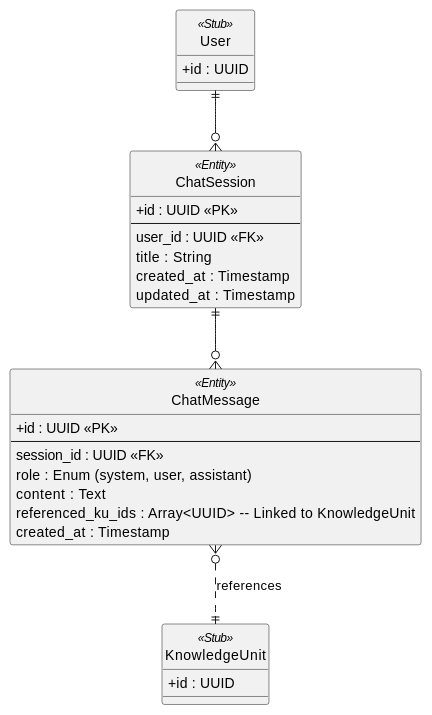
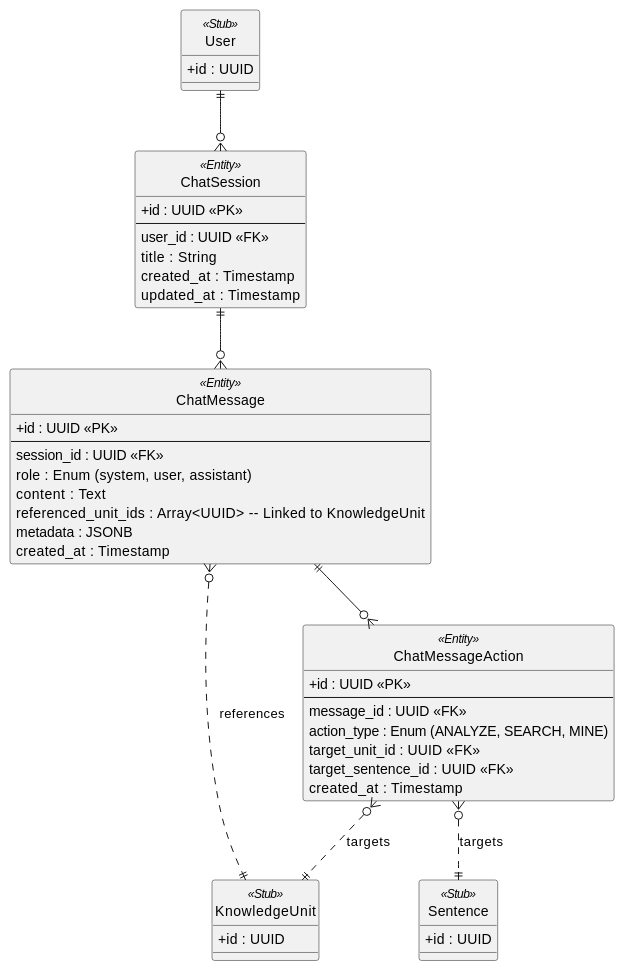
One commit to anhtranguyen-github/Hanachan changed the diagram in docs/er/assistant-er.md. Above: the diagram before and after it, drawn with PlantUML. The commit also changed other lines of this file and 20 other files, not shown here.

First line of the commit message:
docs(arch): update ER and package diagrams for Hanachan v2

````diff
--- a/docs/er/assistant-er.md
+++ b/docs/er/assistant-er.md
@@ -5,47 +5,66 @@
 ```plantuml
 @startuml
 skinparam packageStyle rectangle
 skinparam classAttributeIconSize 0
 hide circle
 
 ' ==========================================
 ' STUBS FROM OTHER DOMAINS
 ' ==========================================
 class User <<Stub>> {
   + id : UUID
 }
 class KnowledgeUnit <<Stub>> {
+  + id : UUID
+}
+class Sentence <<Stub>> {
   + id : UUID
 }
 
 ' ==========================================
 ' CHAT SYSTEM
 ' ==========================================
 class ChatSession <<Entity>> {
   + id : UUID <<PK>>
   --
   user_id : UUID <<FK>>
   title : String
   created_at : Timestamp
   updated_at : Timestamp
 }
 
 class ChatMessage <<Entity>> {
   + id : UUID <<PK>>
   --
   session_id : UUID <<FK>>
   role : Enum (system, user, assistant)
   content : Text
-  referenced_ku_ids : Array<UUID> -- Linked to KnowledgeUnit
+  referenced_unit_ids : Array<UUID> -- Linked to KnowledgeUnit
+  metadata : JSONB
+  created_at : Timestamp
+}
+
+class ChatMessageAction <<Entity>> {
+  + id : UUID <<PK>>
+  --
+  message_id : UUID <<FK>>
+  action_type : Enum (ANALYZE, SEARCH, MINE)
+  target_unit_id : UUID <<FK>>
+  target_sentence_id : UUID <<FK>>
   created_at : Timestamp
 }
 
 ' ==========================================
 ' CONNECTIONS
 ' ==========================================
 User ||--o{ ChatSession
 ChatSession ||--o{ ChatMessage
+ChatMessage ||--o{ ChatMessageAction
+
+' External Links
+ChatMessageAction }o..|| KnowledgeUnit : "targets"
+ChatMessageAction }o..|| Sentence : "targets"
 ChatMessage }o..|| KnowledgeUnit : "references"
 
 @enduml
 ```
````
